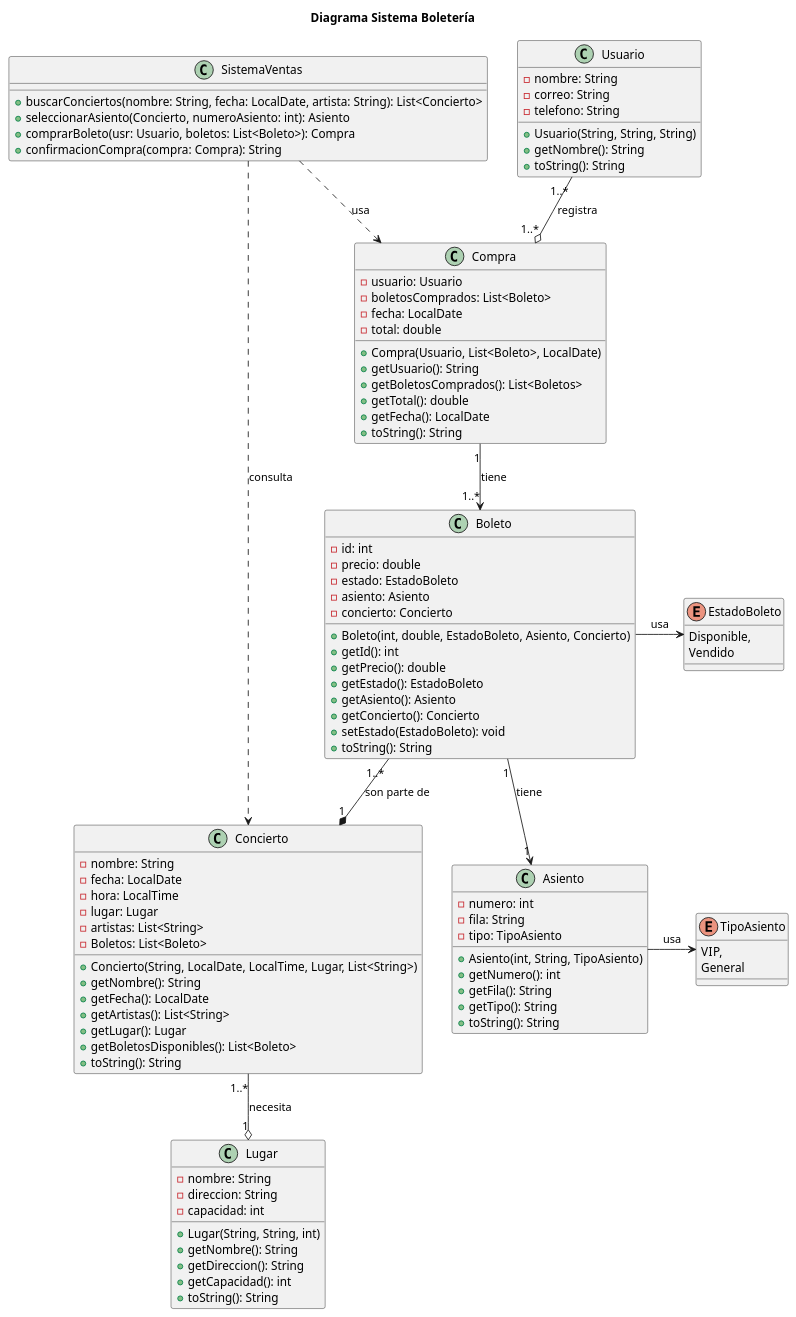
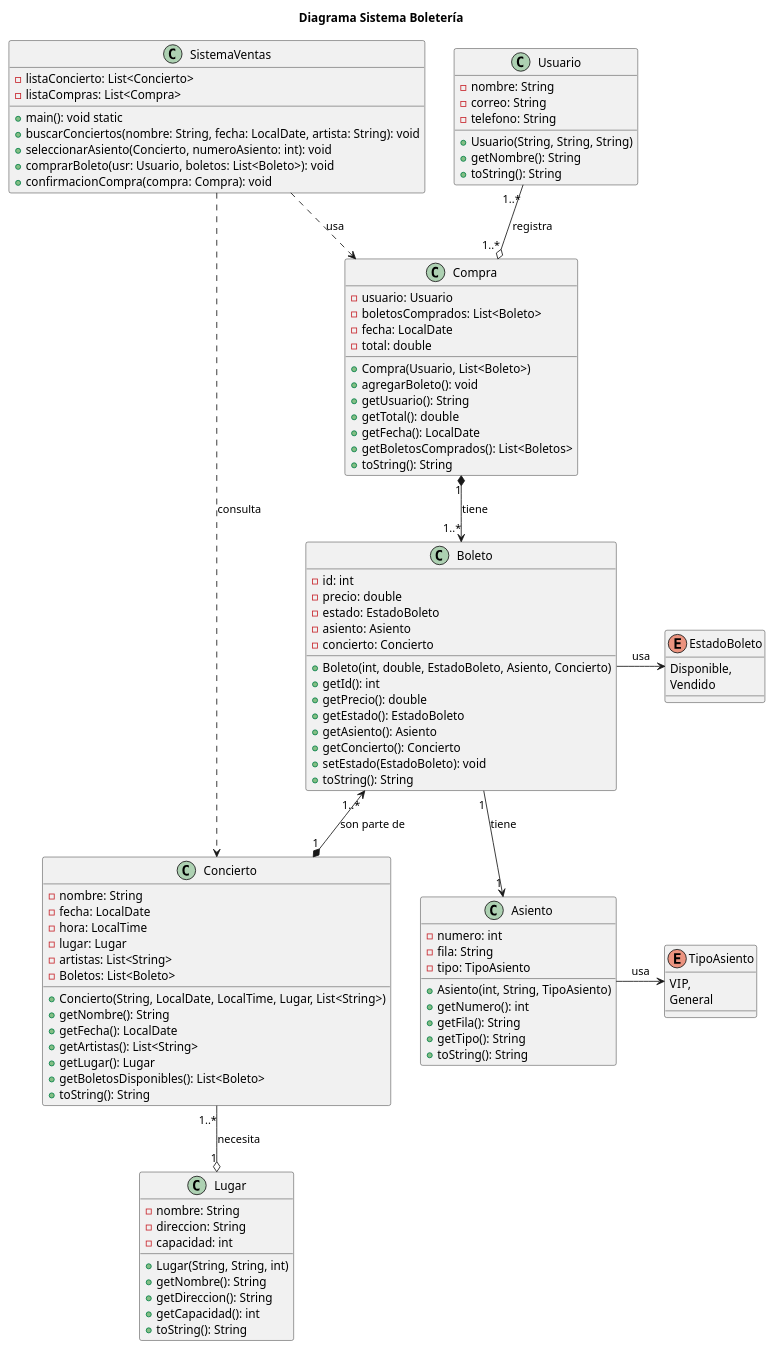
Before and after one commit to KuilmerHC/Fundamentos: the diagram in Lab2/diagrama/diagrama1.puml, drawn with PlantUML. The commit also changed 2 other files, not shown here.

Commit message:
diagrama 3

```diff
--- a/Lab2/diagrama/diagrama1.puml
+++ b/Lab2/diagrama/diagrama1.puml
@@ -1,110 +1,114 @@
 @startuml Diagrama 2
 title Diagrama Sistema Boletería
 
 class Usuario{
     -nombre: String
     -correo: String
     -telefono: String
     +Usuario(String, String, String)
     +getNombre(): String
     +toString(): String
 }
 
 class Concierto{
     -nombre: String
     -fecha: LocalDate
     -hora: LocalTime
     -lugar: Lugar
     -artistas: List<String>
     -Boletos: List<Boleto>
     +Concierto(String, LocalDate, LocalTime, Lugar, List<String>)
     +getNombre(): String
     +getFecha(): LocalDate
     +getArtistas(): List<String>
     +getLugar(): Lugar
     +getBoletosDisponibles(): List<Boleto>
     +toString(): String
 }
 
 enum EstadoBoleto{
     Disponible,
     Vendido
 }
 
 class Boleto{
     -id: int
     -precio: double
     -estado: EstadoBoleto
     -asiento: Asiento
     -concierto: Concierto
     +Boleto(int, double, EstadoBoleto, Asiento, Concierto)
     +getId(): int
     +getPrecio(): double
     +getEstado(): EstadoBoleto
     +getAsiento(): Asiento
     +getConcierto(): Concierto
     +setEstado(EstadoBoleto): void
     +toString(): String
 }
 
 class Lugar{
     -nombre: String
     -direccion: String
     -capacidad: int
     +Lugar(String, String, int)
     +getNombre(): String
     +getDireccion(): String
     +getCapacidad(): int
     +toString(): String
 }
 
 enum TipoAsiento {
     VIP,
     General
 }
 
 class Asiento{
     -numero: int
     -fila: String
     -tipo: TipoAsiento
     +Asiento(int, String, TipoAsiento)
     +getNumero(): int
     +getFila(): String
     +getTipo(): String
     +toString(): String
 }
 
 
 class Compra{
     -usuario: Usuario
     -boletosComprados: List<Boleto>
     -fecha: LocalDate
     -total: double
-    +Compra(Usuario, List<Boleto>, LocalDate)
+    +Compra(Usuario, List<Boleto>)
+    +agregarBoleto(): void
     +getUsuario(): String
-    +getBoletosComprados(): List<Boletos>
     +getTotal(): double
     +getFecha(): LocalDate
+    +getBoletosComprados(): List<Boletos>
     +toString(): String
 }
 
 class SistemaVentas{
-    +buscarConciertos(nombre: String, fecha: LocalDate, artista: String): List<Concierto>
-    +seleccionarAsiento(Concierto, numeroAsiento: int): Asiento
-    +comprarBoleto(usr: Usuario, boletos: List<Boleto>): Compra
-    +confirmacionCompra(compra: Compra): String
+    -listaConcierto: List<Concierto>
+    -listaCompras: List<Compra>
+    +main(): void static
+    +buscarConciertos(nombre: String, fecha: LocalDate, artista: String): void
+    +seleccionarAsiento(Concierto, numeroAsiento: int): void
+    +comprarBoleto(usr: Usuario, boletos: List<Boleto>): void
+    +confirmacionCompra(compra: Compra): void
 }   
 
 Boleto -> EstadoBoleto: usa
 Asiento -> TipoAsiento: usa
 
 
 SistemaVentas ..> Compra: usa
 SistemaVentas ..> Concierto: consulta
 
 Usuario "1..*" --o "1..*" Compra: registra
-Compra "1" --> "1..*" Boleto: tiene
-Boleto "1..*" --* "1" Concierto: son parte de
+Compra "1" *--> "1..*" Boleto: tiene
+Boleto "1..*" <--* "1" Concierto: son parte de
 Concierto "1..*" --o "1" Lugar: necesita
 Boleto "1" --> "1" Asiento: tiene
 @enduml
```
